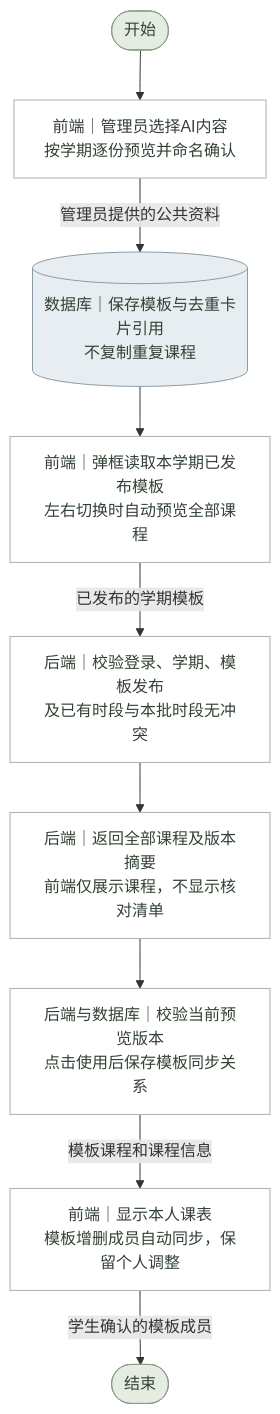
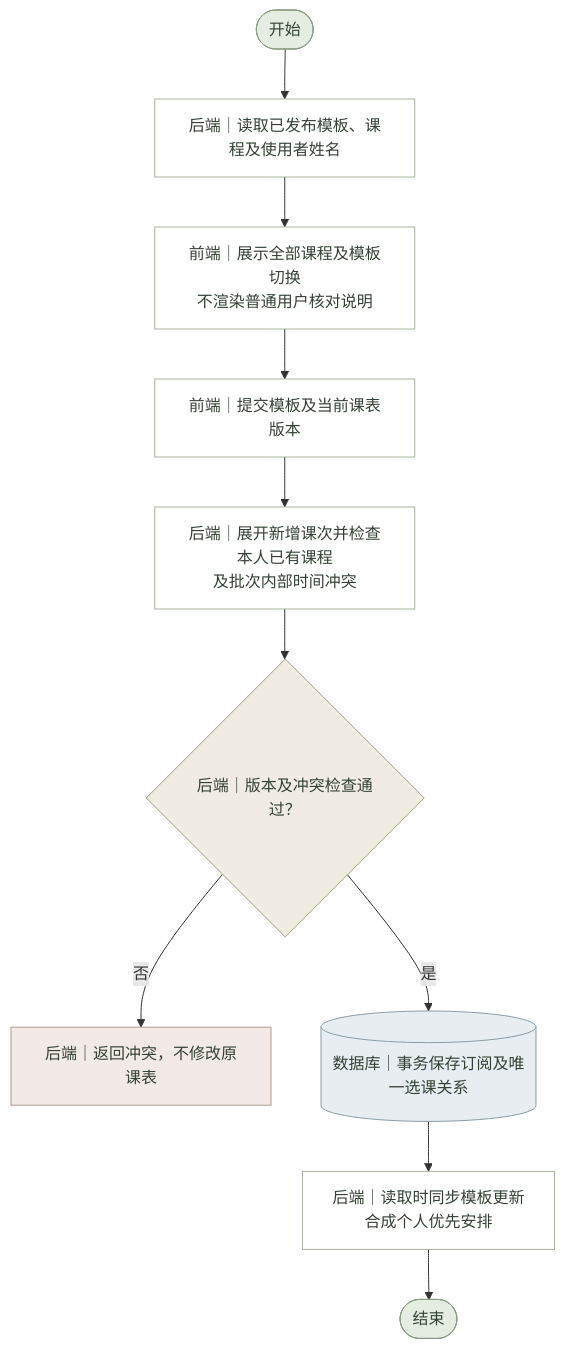
One commit to lichen-lc123/class-assistant changed the diagram in 需求文档/课表功能/流程图源文件/系统流程图/管理员模板与用户选择.mmd. Above: the diagram before and after it, drawn with Mermaid. The commit also changed 157 other files, not shown here.

```diff
--- a/需求文档/课表功能/流程图源文件/系统流程图/管理员模板与用户选择.mmd
+++ b/需求文档/课表功能/流程图源文件/系统流程图/管理员模板与用户选择.mmd
@@ -1,33 +1,36 @@
-%% 管理员模板与用户选择 · 系统流程图 · V1.0 · 2026-11-02
+%% 管理员模板与用户选择 · 系统流程图 · 当前版 · 2026-11-09
 flowchart TD
     N0(["开始"])
-    N1["前端｜管理员选择AI内容<br/>按学期逐份预览并命名确认"]
-    N2[("数据库｜保存模板与去重卡片引用<br/>不复制重复课程")]
-    N3["前端｜弹框读取本学期已发布模板<br/>左右切换时自动预览全部课程"]
-    N4["后端｜校验登录、学期、模板发布<br/>及已有时段与本批时段无冲突"]
-    N5["后端｜返回全部课程及版本摘要<br/>前端仅展示课程，不显示核对清单"]
-    N6["后端与数据库｜校验当前预览版本<br/>点击使用后保存模板同步关系"]
-    N7["前端｜显示本人课表<br/>模板增删成员自动同步，保留个人调整"]
+    N1["后端｜读取已发布模板、课程及使用者姓名"]
+    N2["前端｜展示全部课程及模板切换<br/>不渲染普通用户核对说明"]
+    N3["前端｜提交模板及当前课表版本"]
+    N4["后端｜展开新增课次并检查本人已有课程<br/>及批次内部时间冲突"]
+    N5{"后端｜版本及冲突检查通过？"}
+    B5["后端｜返回冲突，不修改原课表"]
+    N6[("数据库｜事务保存订阅及唯一选课关系")]
+    N7["后端｜读取时同步模板更新<br/>合成个人优先安排"]
     N8(["结束"])
     N0 --> N1
-    N1 -->|管理员提供的公共资料| N2
+    N1 --> N2
     N2 --> N3
-    N3 -->|已发布的学期模板| N4
+    N3 --> N4
     N4 --> N5
-    N5 --> N6
-    N6 -->|模板课程和课程信息| N7
-    N7 -->|学生确认的模板成员| N8
+    N5 -->|否| B5
+    N5 -->|是| N6
+    N6 --> N7
+    N7 --> N8
     classDef normal fill:#FFFFFF,stroke:#A8B2A2,color:#344235;
     classDef decision fill:#F0ECE2,stroke:#A69B83,color:#344235;
     classDef terminal fill:#E5ECE2,stroke:#8A9D82,color:#344235;
     classDef exception fill:#F2EAE6,stroke:#B09B91,color:#344235;
     classDef database fill:#E7EDF0,stroke:#8A9CA6,color:#344235;
     class N0 terminal;
     class N1 normal;
-    class N2 database;
+    class N2 normal;
     class N3 normal;
     class N4 normal;
-    class N5 normal;
-    class N6 normal;
+    class N5 decision;
+    class B5 exception;
+    class N6 database;
     class N7 normal;
     class N8 terminal;
```
